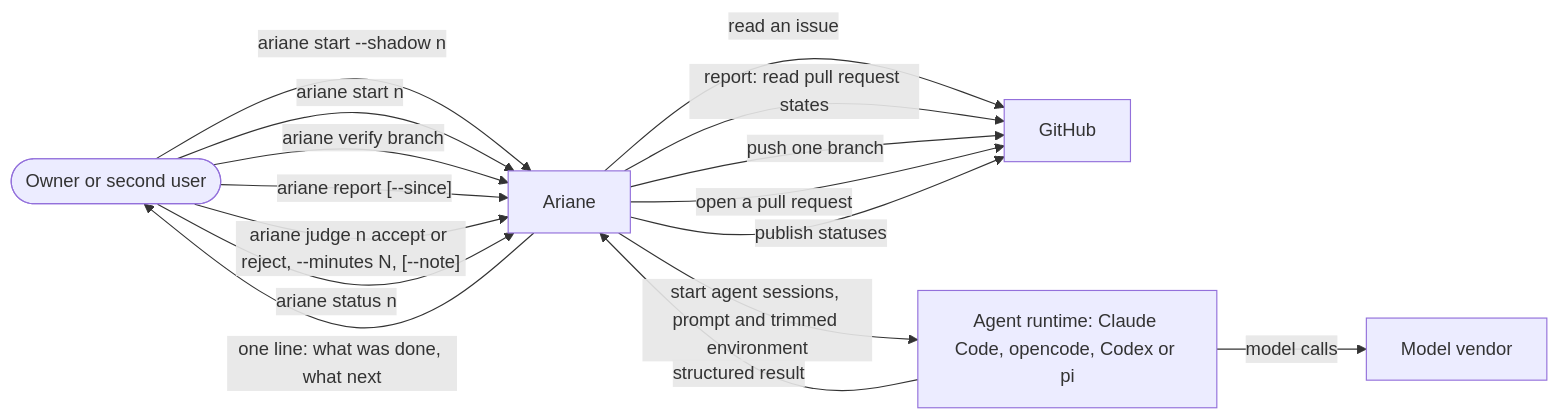
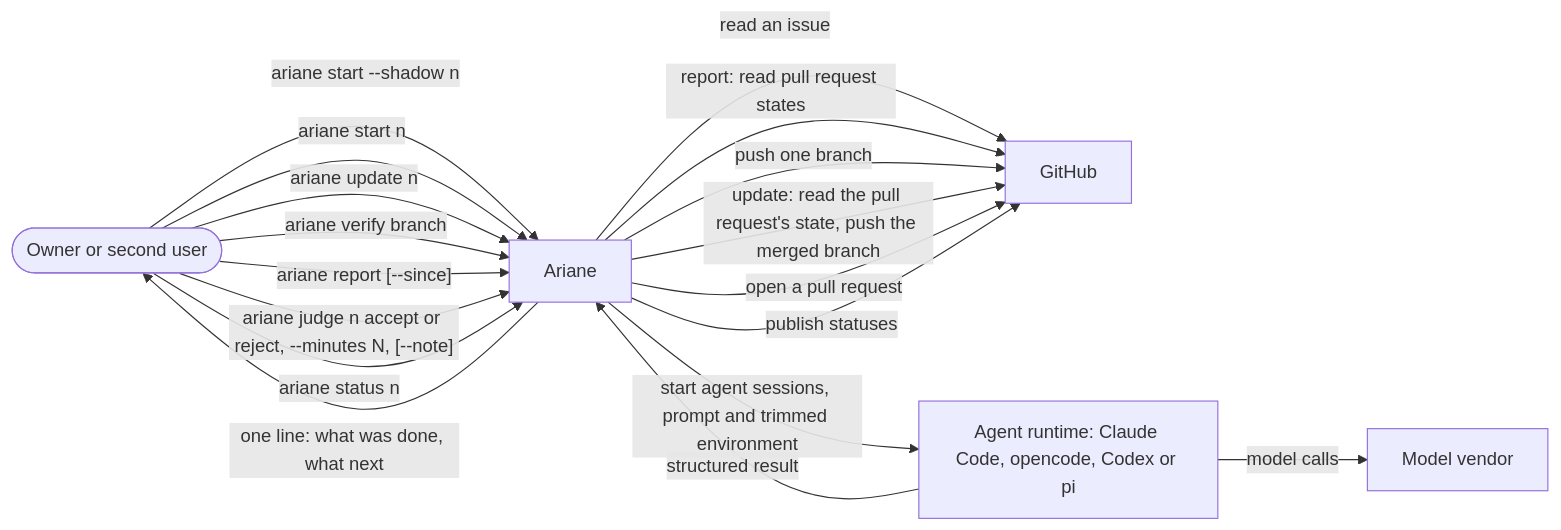
The diagram in docs/architecture/1-context.md (plaplanche/ariane), drawn with Mermaid before and after one commit. The commit also changed other lines of this file and 33 other files, not shown here.

Commit message:
#145: Add `ariane update <n>`: merge the base branch into a delivered ticket's branch, replay, review, push (C11, C23)

````diff
--- a/docs/architecture/1-context.md
+++ b/docs/architecture/1-context.md
@@ -5,23 +5,25 @@
 ```mermaid
 flowchart LR
   user([Owner or second user])
   ariane[Ariane]
   github[GitHub]
   runtime[Agent runtime: Claude Code, opencode, Codex or pi]
   vendor[Model vendor]
   user -->|ariane start --shadow n| ariane
   user -->|ariane start n| ariane
+  user -->|ariane update n| ariane
   user -->|ariane verify branch| ariane
   user -->|"ariane report [--since]"| ariane
   user -->|"ariane judge n accept or reject, --minutes N, [--note]"| ariane
   user -->|ariane status n| ariane
   ariane -->|one line: what was done, what next| user
   ariane -->|read an issue| github
   ariane -->|report: read pull request states| github
   ariane -->|push one branch| github
+  ariane -->|update: read the pull request's state, push the merged branch| github
   ariane -->|open a pull request| github
   ariane -->|publish statuses| github
   ariane -->|start agent sessions, prompt and trimmed environment| runtime
   runtime -->|structured result| ariane
   runtime -->|model calls| vendor
 ```
````
